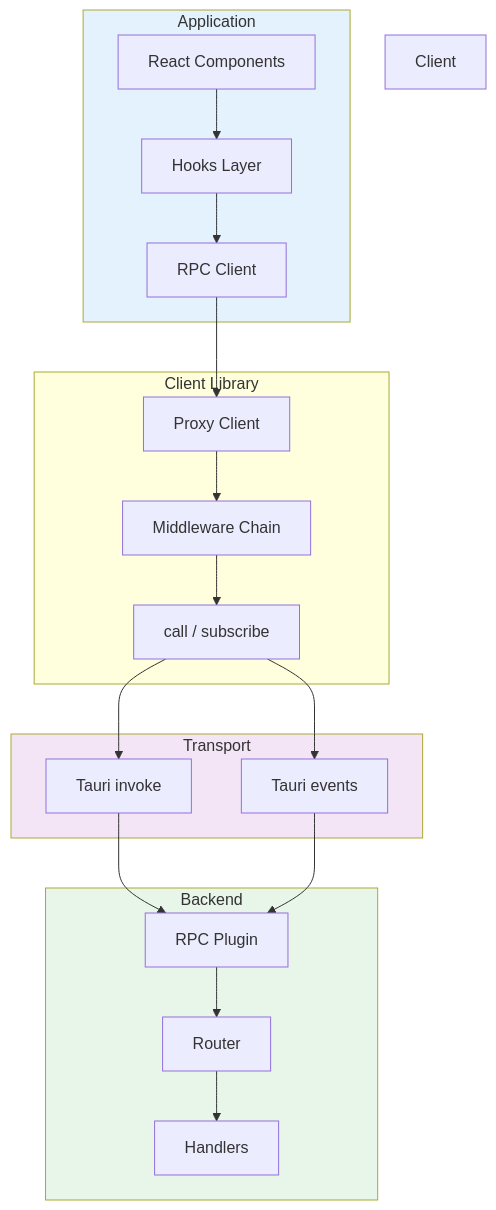
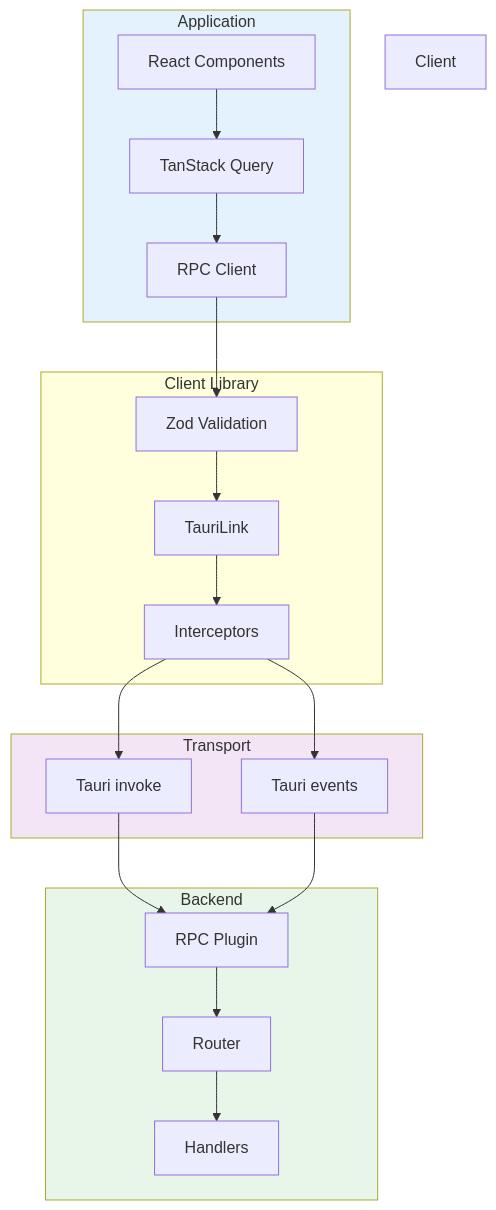
Before and after one commit to sabry-awad97/tauri-nexus: the diagram in src/lib/rpc/README.md, drawn with Mermaid. The commit also changed other lines of this file and 5 other files, not shown here.

First line of the commit message:
feat(rpc): Add Zod schema validation and update documentation

````diff
--- a/src/lib/rpc/README.md
+++ b/src/lib/rpc/README.md
@@ -40,42 +39,42 @@
 ```mermaid
 flowchart TB
     subgraph Application
         UI[React Components]
-        HK[Hooks Layer]
+        TQ[TanStack Query]
         CL[RPC Client]
     end
 
     subgraph Client Library
-        PX[Proxy Client]
-        MW[Middleware Chain]
-        CF[call / subscribe]
+        ZV[Zod Validation]
+        LK[TauriLink]
+        IC[Interceptors]
     end
 
     subgraph Transport
         INV[Tauri invoke]
         EVT[Tauri events]
     end
 
     subgraph Backend
         PLG[RPC Plugin]
         RTR[Router]
         HDL[Handlers]
     end
 
-    UI --> HK
-    HK --> CL
-    CL --> PX
-    PX --> MW
-    MW --> CF
-    CF --> INV
-    CF --> EVT
+    UI --> TQ
+    TQ --> CL
+    CL --> ZV
+    ZV --> LK
+    LK --> IC
+    IC --> INV
+    IC --> EVT
     INV --> PLG
     EVT --> PLG
     PLG --> RTR
     RTR --> HDL
 
     style Application fill:#e3f2fd
     style Client Library fill:#fff3e0
     style Transport fill:#f3e5f5
     style Backend fill:#e8f5e9
 ```
````
